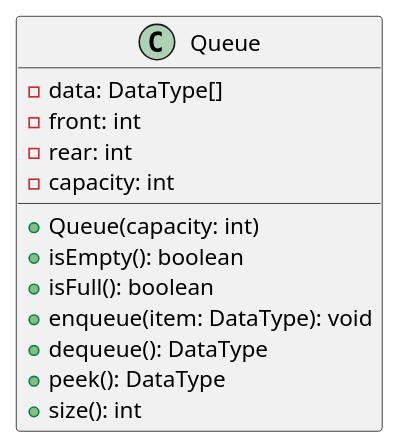
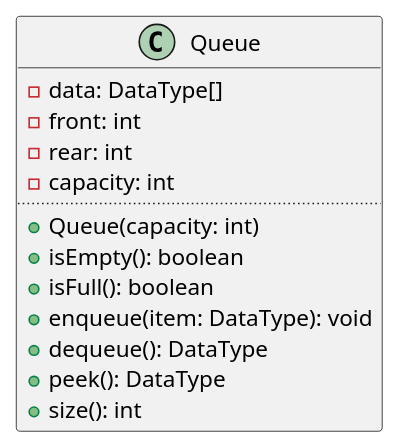
One commit to js-uri/cs changed the diagram in Writerside/topics/Queue.md. Above: the diagram before and after it, drawn with PlantUML. The commit also changed other lines of this file and 2 other files, not shown here.

````diff
--- a/Writerside/topics/Queue.md
+++ b/Writerside/topics/Queue.md
@@ -41,18 +42,16 @@
-```plantuml
-@startuml
-class Queue {
-  - data: DataType[]
-  - front: int
-  - rear: int
-  - capacity: int
-
-  + Queue(capacity: int)
-  + isEmpty(): boolean
-  + isFull(): boolean
-  + enqueue(item: DataType): void
-  + dequeue(): DataType
-  + peek(): DataType
-  + size(): int
-}
-@enduml
-```
+    @startuml
+    class Queue {
+      - data: DataType[]
+      - front: int
+      - rear: int
+      - capacity: int
+    ..
+      + Queue(capacity: int)
+        + isEmpty(): boolean
+        + isFull(): boolean
+        + enqueue(item: DataType): void
+        + dequeue(): DataType
+        + peek(): DataType
+        + size(): int
+    }
+    @enduml
````
